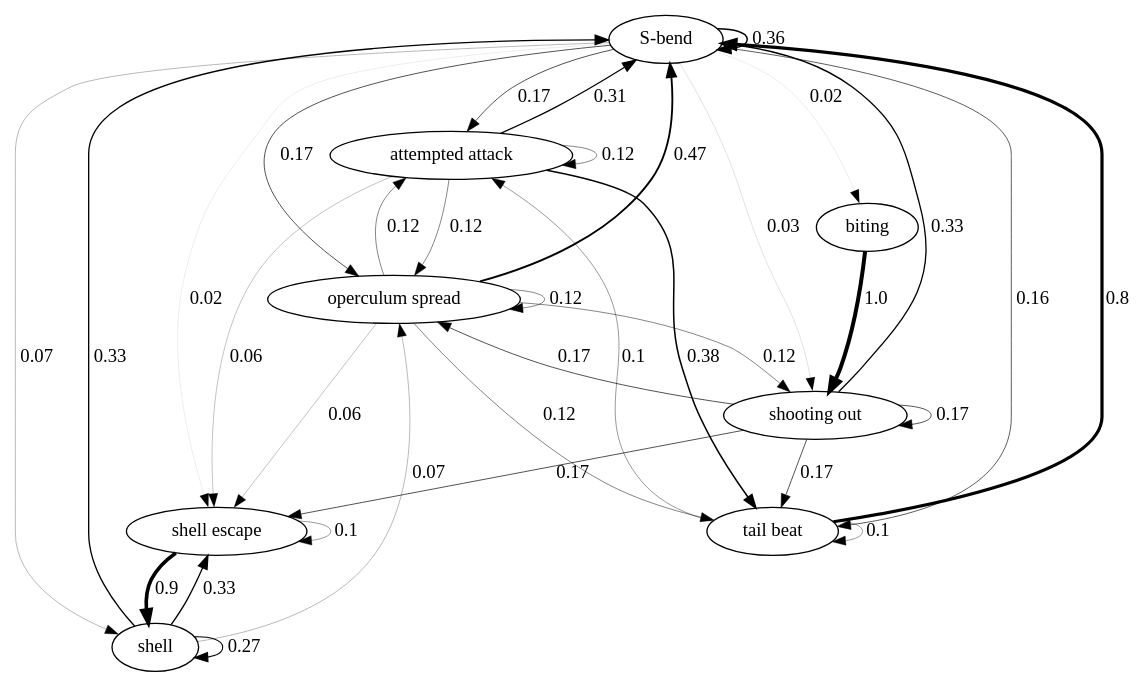
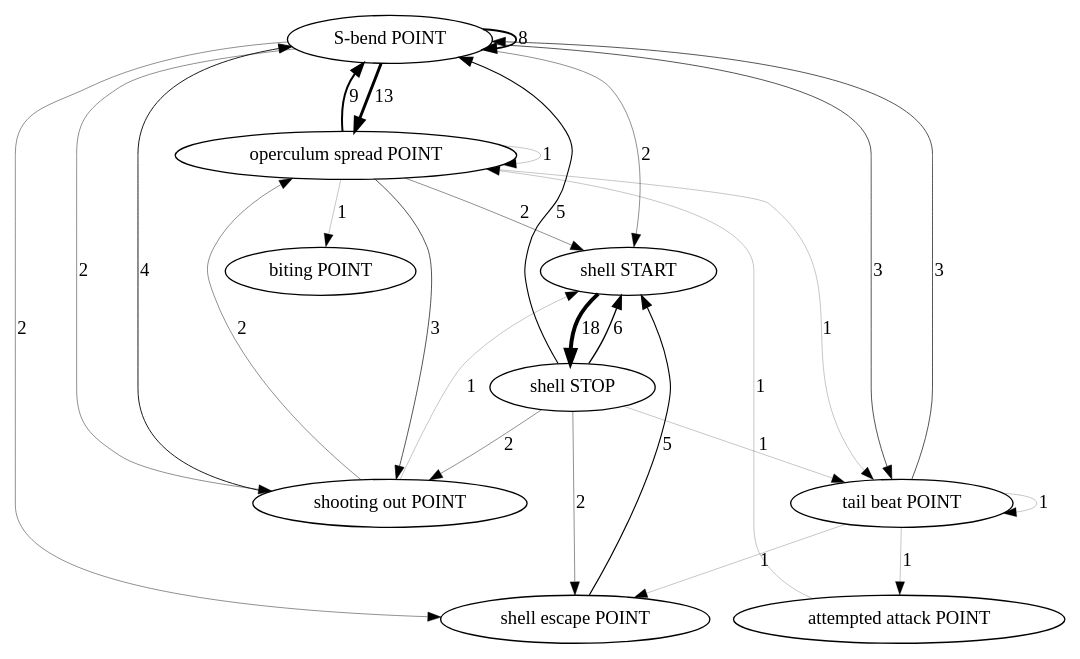
One commit to nicolkraus/AnalyzeBehavior changed the diagram in images/transitions.gv. Above: the diagram before and after it, drawn with Graphviz. The commit also changed 9 other files, not shown here.

```diff
--- a/images/transitions.gv
+++ b/images/transitions.gv
@@ -1,44 +1,38 @@
 digraph  {
-"S-bend";
-"attempted attack";
-biting;
-"operculum spread";
-shell;
-"shell escape";
-"shooting out";
-"tail beat";
-"S-bend" -> "S-bend"  [label="0.36", penwidth="1.08"];
-"S-bend" -> "attempted attack"  [label="0.17", penwidth="0.51"];
-"S-bend" -> biting  [label="0.02", penwidth="0.06"];
-"S-bend" -> "operculum spread"  [label="0.17", penwidth="0.51"];
-"S-bend" -> shell  [label="0.07", penwidth="0.21000000000000002"];
-"S-bend" -> "shell escape"  [label="0.02", penwidth="0.06"];
-"S-bend" -> "shooting out"  [label="0.03", penwidth="0.09"];
-"S-bend" -> "tail beat"  [label="0.16", penwidth="0.48"];
-"attempted attack" -> "S-bend"  [label="0.31", penwidth="0.9299999999999999"];
-"attempted attack" -> "attempted attack"  [label="0.12", penwidth="0.36"];
-"attempted attack" -> "operculum spread"  [label="0.12", penwidth="0.36"];
-"attempted attack" -> "shell escape"  [label="0.06", penwidth="0.18"];
-"attempted attack" -> "tail beat"  [label="0.38", penwidth="1.1400000000000001"];
-biting -> "shooting out"  [label="1.0", penwidth="3.0"];
-"operculum spread" -> "S-bend"  [label="0.47", penwidth="1.41"];
-"operculum spread" -> "attempted attack"  [label="0.12", penwidth="0.36"];
-"operculum spread" -> "operculum spread"  [label="0.12", penwidth="0.36"];
-"operculum spread" -> "shell escape"  [label="0.06", penwidth="0.18"];
-"operculum spread" -> "shooting out"  [label="0.12", penwidth="0.36"];
-"operculum spread" -> "tail beat"  [label="0.12", penwidth="0.36"];
-shell -> "S-bend"  [label="0.33", penwidth="0.99"];
-shell -> "operculum spread"  [label="0.07", penwidth="0.21000000000000002"];
-shell -> shell  [label="0.27", penwidth="0.81"];
-shell -> "shell escape"  [label="0.33", penwidth="0.99"];
-"shell escape" -> shell  [label="0.9", penwidth="2.7"];
-"shell escape" -> "shell escape"  [label="0.1", penwidth="0.30000000000000004"];
-"shooting out" -> "S-bend"  [label="0.33", penwidth="0.99"];
-"shooting out" -> "operculum spread"  [label="0.17", penwidth="0.51"];
-"shooting out" -> "shell escape"  [label="0.17", penwidth="0.51"];
-"shooting out" -> "shooting out"  [label="0.17", penwidth="0.51"];
-"shooting out" -> "tail beat"  [label="0.17", penwidth="0.51"];
-"tail beat" -> "S-bend"  [label="0.8", penwidth="2.4000000000000004"];
-"tail beat" -> "attempted attack"  [label="0.1", penwidth="0.30000000000000004"];
-"tail beat" -> "tail beat"  [label="0.1", penwidth="0.30000000000000004"];
+"S-bend POINT";
+"operculum spread POINT";
+"shell START";
+"shell escape POINT";
+"shooting out POINT";
+"tail beat POINT";
+"attempted attack POINT";
+"biting POINT";
+"shell STOP";
+"S-bend POINT" -> "S-bend POINT"  [label=8, penwidth="1.3333333333333333"];
+"S-bend POINT" -> "operculum spread POINT"  [label=13, penwidth="2.1666666666666665"];
+"S-bend POINT" -> "shell START"  [label=2, penwidth="0.3333333333333333"];
+"S-bend POINT" -> "shell escape POINT"  [label=2, penwidth="0.3333333333333333"];
+"S-bend POINT" -> "shooting out POINT"  [label=2, penwidth="0.3333333333333333"];
+"S-bend POINT" -> "tail beat POINT"  [label=3, penwidth="0.5"];
+"operculum spread POINT" -> "S-bend POINT"  [label=9, penwidth="1.5"];
+"operculum spread POINT" -> "biting POINT"  [label=1, penwidth="0.16666666666666666"];
+"operculum spread POINT" -> "operculum spread POINT"  [label=1, penwidth="0.16666666666666666"];
+"operculum spread POINT" -> "shell START"  [label=2, penwidth="0.3333333333333333"];
+"operculum spread POINT" -> "shooting out POINT"  [label=3, penwidth="0.5"];
+"operculum spread POINT" -> "tail beat POINT"  [label=1, penwidth="0.16666666666666666"];
+"shell START" -> "shell STOP"  [label=18, penwidth="3.0"];
+"shell escape POINT" -> "shell START"  [label=5, penwidth="0.8333333333333334"];
+"shooting out POINT" -> "S-bend POINT"  [label=4, penwidth="0.6666666666666666"];
+"shooting out POINT" -> "operculum spread POINT"  [label=2, penwidth="0.3333333333333333"];
+"shooting out POINT" -> "shell START"  [label=1, penwidth="0.16666666666666666"];
+"tail beat POINT" -> "S-bend POINT"  [label=3, penwidth="0.5"];
+"tail beat POINT" -> "attempted attack POINT"  [label=1, penwidth="0.16666666666666666"];
+"tail beat POINT" -> "shell escape POINT"  [label=1, penwidth="0.16666666666666666"];
+"tail beat POINT" -> "tail beat POINT"  [label=1, penwidth="0.16666666666666666"];
+"attempted attack POINT" -> "operculum spread POINT"  [label=1, penwidth="0.16666666666666666"];
+"shell STOP" -> "S-bend POINT"  [label=5, penwidth="0.8333333333333334"];
+"shell STOP" -> "shell START"  [label=6, penwidth="1.0"];
+"shell STOP" -> "shell escape POINT"  [label=2, penwidth="0.3333333333333333"];
+"shell STOP" -> "shooting out POINT"  [label=2, penwidth="0.3333333333333333"];
+"shell STOP" -> "tail beat POINT"  [label=1, penwidth="0.16666666666666666"];
 }
```
